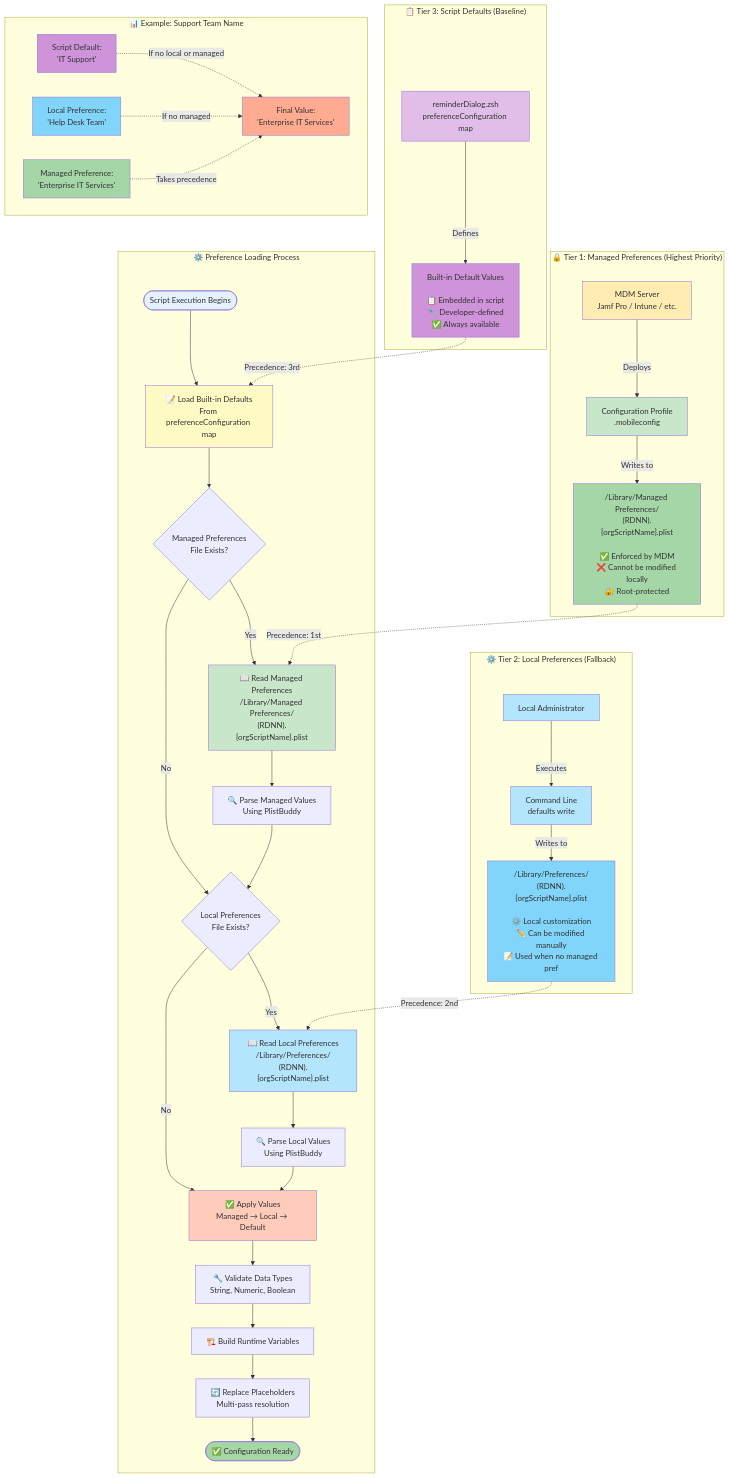
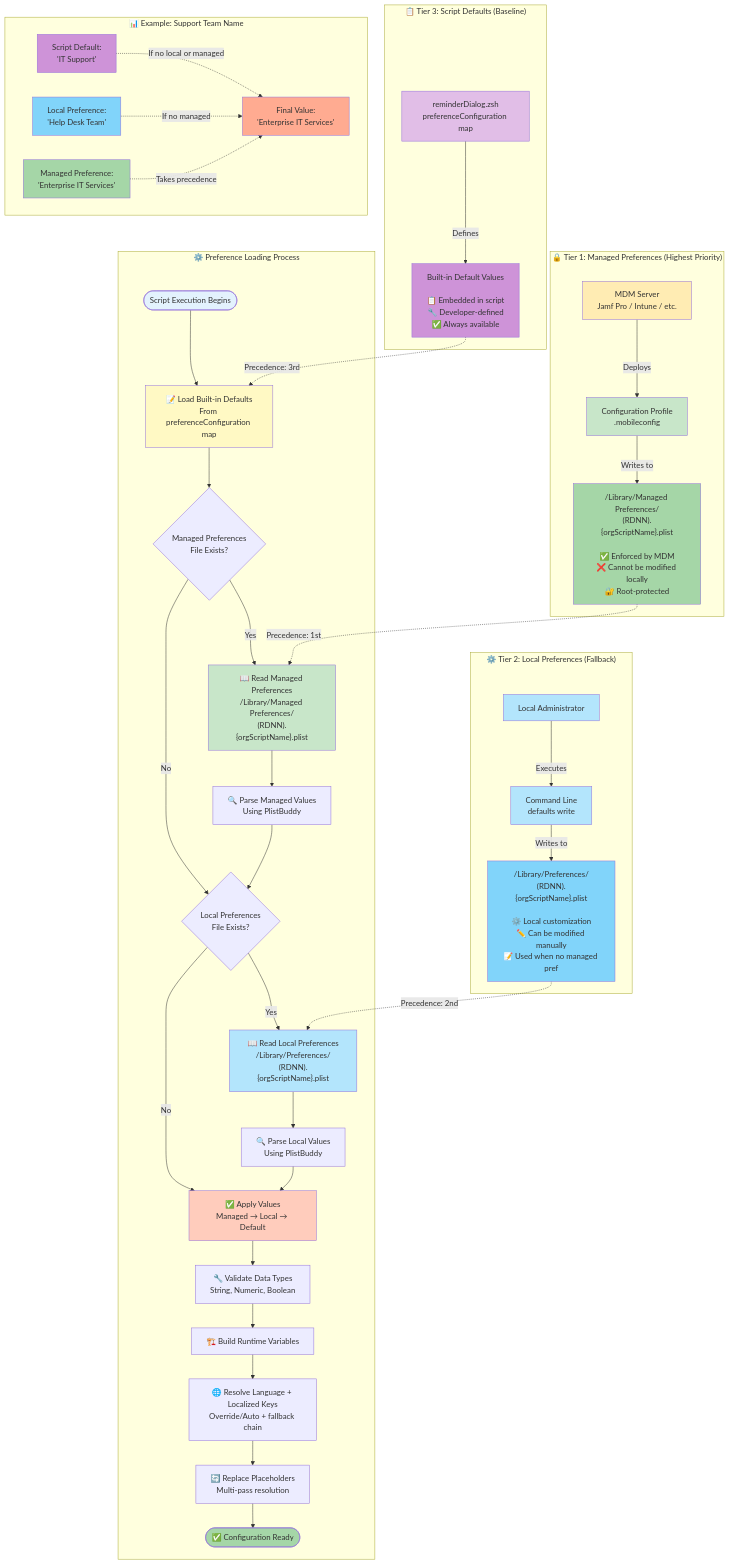
The diagram in Diagrams/05-configuration-hierarchy.md (dan-snelson/DDM-OS-Reminder), drawn with Mermaid before and after one commit. The commit also changed other lines of this file and 28 other files, not shown here.

```diff
--- a/Diagrams/05-configuration-hierarchy.md
+++ b/Diagrams/05-configuration-hierarchy.md
@@ -23,7 +23,8 @@
         
         ApplyValues --> ValidateTypes[🔧 Validate Data Types<br/>String, Numeric, Boolean]
         ValidateTypes --> BuildVars[🏗️ Build Runtime Variables]
-        BuildVars --> ReplacePlaceholders[🔄 Replace Placeholders<br/>Multi-pass resolution]
+        BuildVars --> ResolveLocalized[🌐 Resolve Language + Localized Keys<br/>Override/Auto + fallback chain]
+        ResolveLocalized --> ReplacePlaceholders[🔄 Replace Placeholders<br/>Multi-pass resolution]
         ReplacePlaceholders --> Ready([✅ Configuration Ready])
         
         style Start fill:#e3f2fd
```
